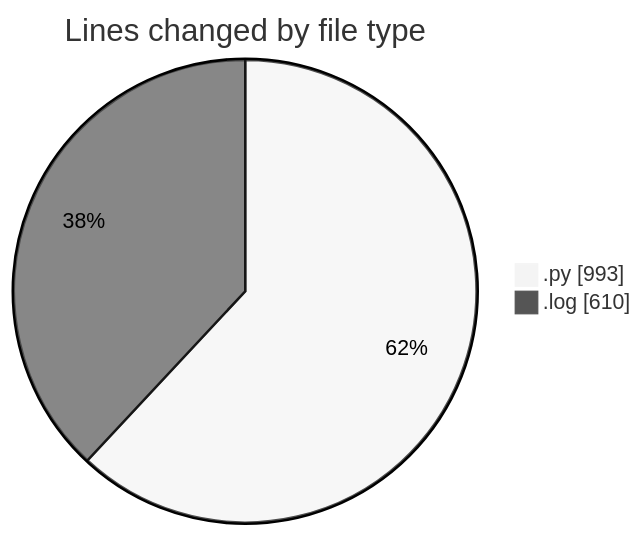
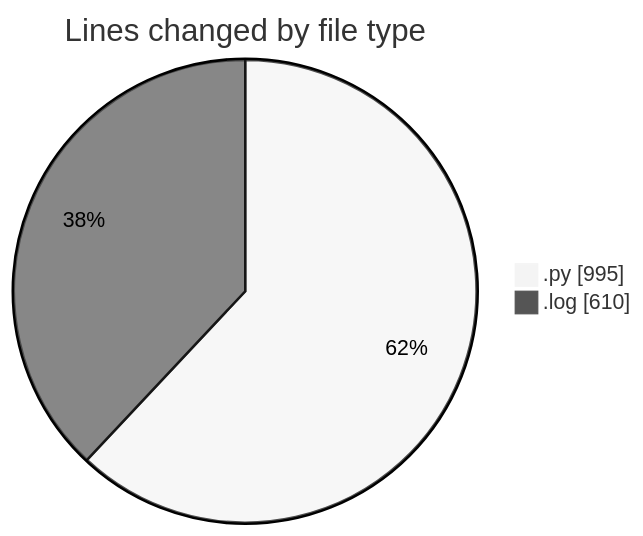
One commit to momahboobian/code-tracking changed the first of 2 diagrams in 2025-05-07/samplepdf/README.md. Above: the diagram before and after it, drawn with Mermaid (neutral theme). The commit also changed other lines of this file and 1 other file, not shown here.

````diff
--- a/2025-05-07/samplepdf/README.md
+++ b/2025-05-07/samplepdf/README.md
@@ -29,6 +29,6 @@
 ```mermaid
 pie showData
 title Lines changed by file type
-".py" : 993
+".py" : 995
 ".log" : 610
 ```
````
